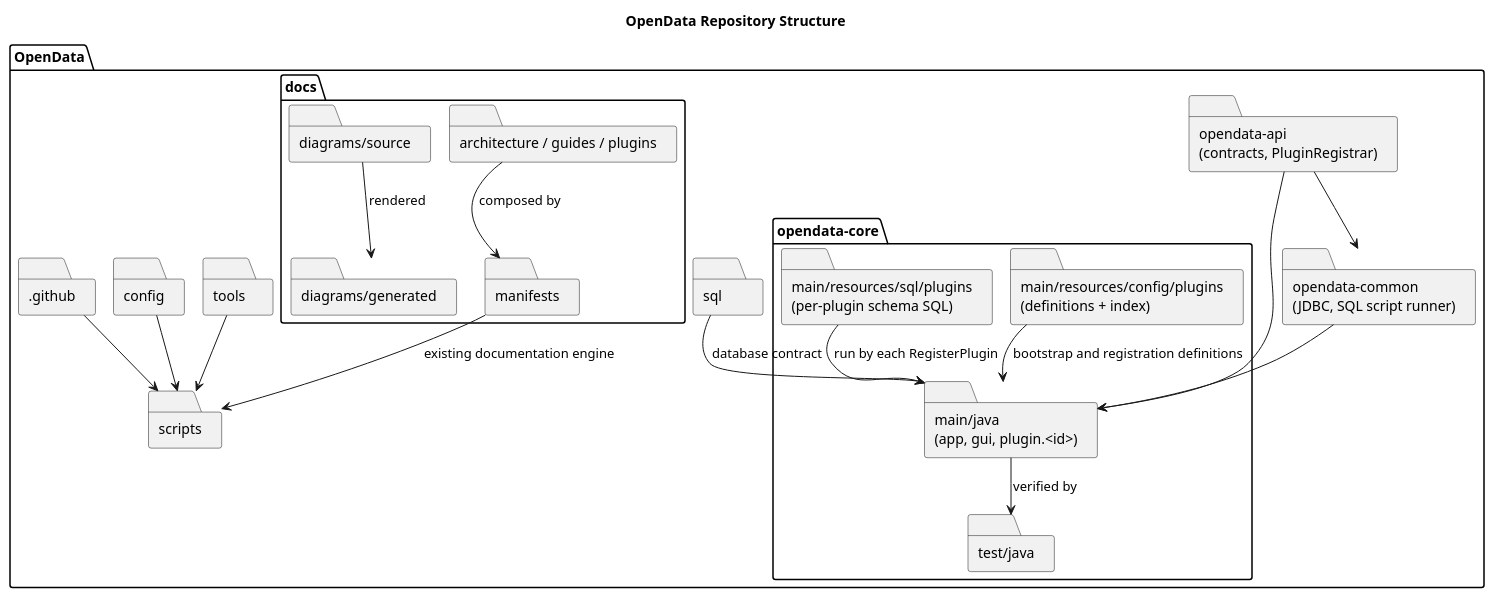
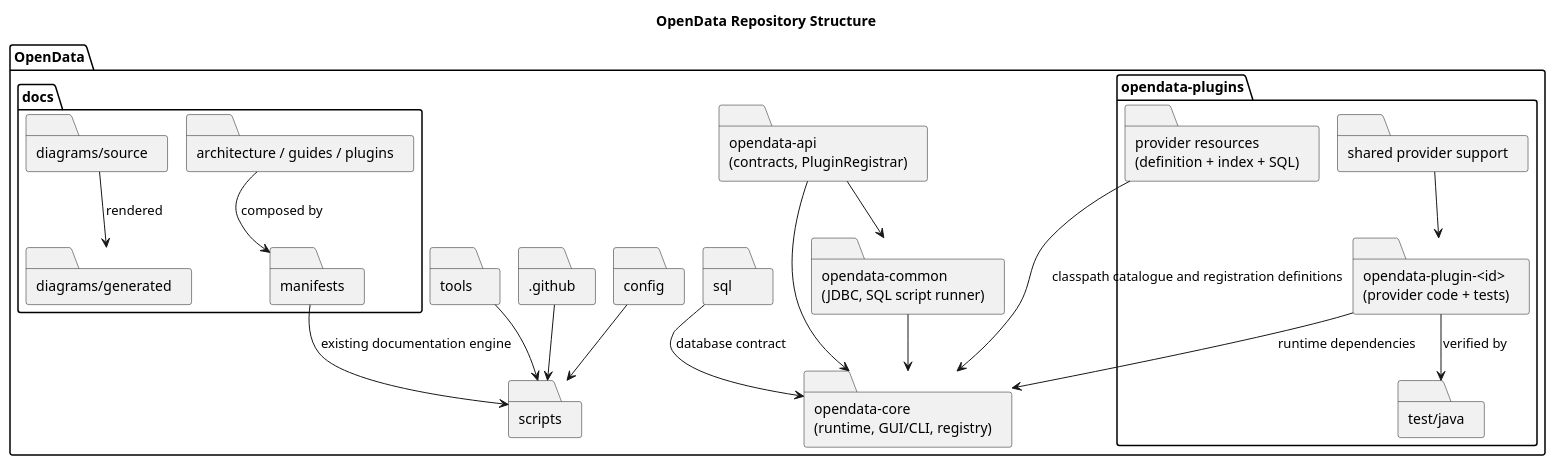
The diagram in docs/diagrams/source/repository-structure.puml (TerryCurranZellis/OpenData), drawn with PlantUML before and after one commit. The commit also changed 58 other files, not shown here.

```diff
--- a/docs/diagrams/source/repository-structure.puml
+++ b/docs/diagrams/source/repository-structure.puml
@@ -1,42 +1,44 @@
 @startuml
 !pragma layout smetana
 title OpenData Repository Structure
 skinparam shadowing false
 skinparam packageStyle rectangle
 
 folder "OpenData" {
   folder "opendata-api\n(contracts, PluginRegistrar)" as Api
   folder "opendata-common\n(JDBC, SQL script runner)" as Common
-  folder "opendata-core" {
-    folder "main/java\n(app, gui, plugin.<id>)" as MainJava
-    folder "main/resources/config/plugins\n(definitions + index)" as Resources
-    folder "main/resources/sql/plugins\n(per-plugin schema SQL)" as PluginSql
+  folder "opendata-core\n(runtime, GUI/CLI, registry)" as Core
+  folder "opendata-plugins" {
+    folder "opendata-plugin-<id>\n(provider code + tests)" as ProviderProjects
+    folder "provider resources\n(definition + index + SQL)" as Resources
+    folder "shared provider support" as ProviderSupport
     folder "test/java" as Tests
   }
   folder "sql" as Sql
   folder "docs" {
     folder "architecture / guides / plugins" as Markdown
     folder "diagrams/source" as Puml
     folder "diagrams/generated" as Svg
     folder "manifests" as Manifests
   }
   folder "config" as Config
   folder "scripts" as Scripts
   folder ".github" as Github
   folder "tools" as Tools
 }
 
 Api --> Common
-Common --> MainJava
-Api --> MainJava
-MainJava --> Tests : verified by
-PluginSql --> MainJava : run by each RegisterPlugin
-Resources --> MainJava : bootstrap and registration definitions
-Sql --> MainJava : database contract
+Common --> Core
+Api --> Core
+ProviderProjects --> Core : runtime dependencies
+ProviderSupport --> ProviderProjects
+ProviderProjects --> Tests : verified by
+Resources --> Core : classpath catalogue and registration definitions
+Sql --> Core : database contract
 Puml --> Svg : rendered
 Markdown --> Manifests : composed by
 Manifests --> Scripts : existing documentation engine
 Config --> Scripts
 Github --> Scripts
 Tools --> Scripts
 @enduml
```
